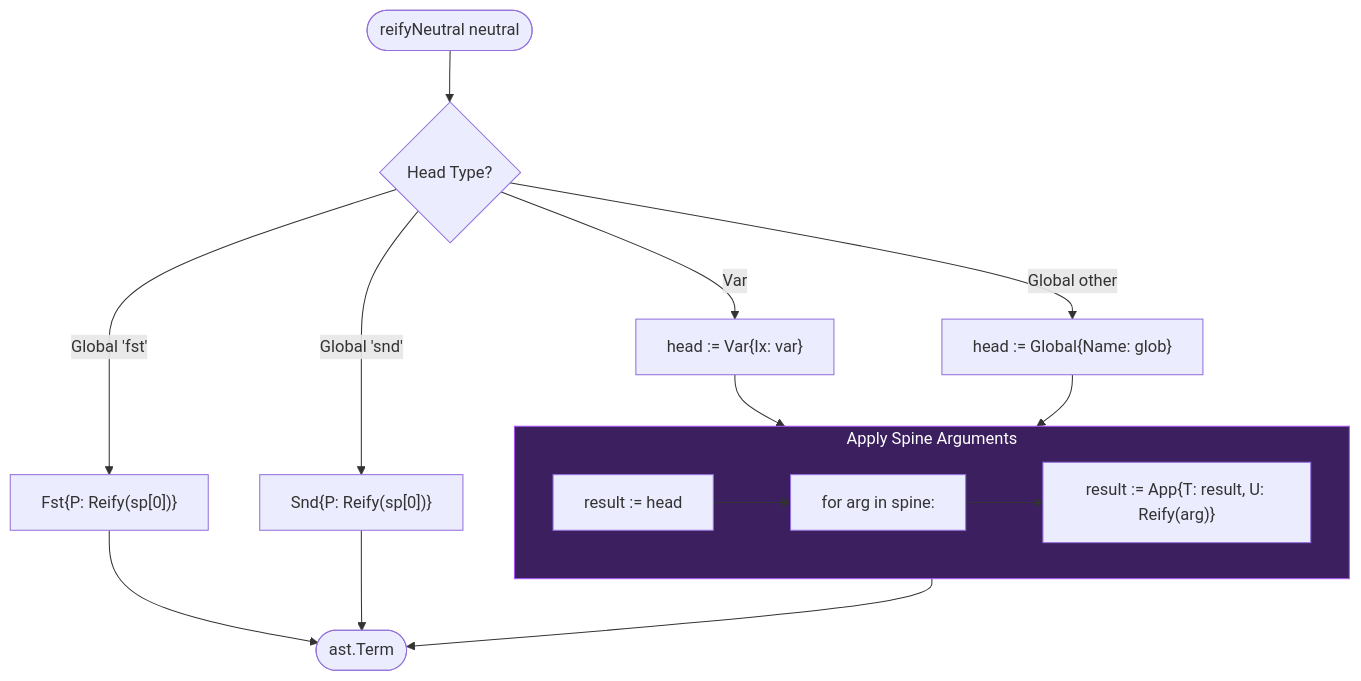
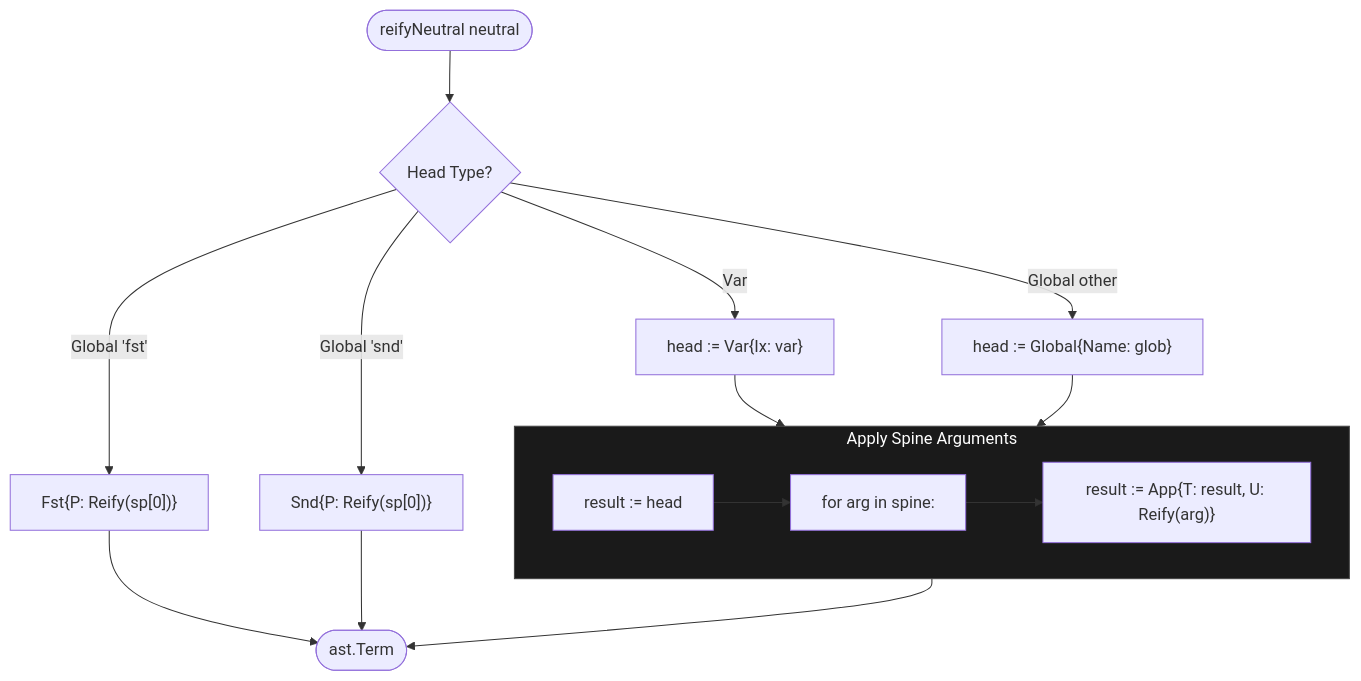
Diagram 14 of 23 in DIAGRAMS.md (watchthelight/HypergraphGo), drawn with Mermaid before and after one commit. The commit also changed other lines of this file, not shown here.

First line of the commit message:
docs(diagrams): use uniform dark color scheme

````diff
--- a/DIAGRAMS.md
+++ b/DIAGRAMS.md
@@ -1078,25 +1078,25 @@
 ```mermaid
 flowchart TB
     Start([reifyNeutral neutral]) --> HeadType{Head Type?}
 
     HeadType -->|Var| CreateVar["head := Var{Ix: var}"]
     HeadType -->|Global 'fst'| CreateFst["Fst{P: Reify(sp[0])}"]
     HeadType -->|Global 'snd'| CreateSnd["Snd{P: Reify(sp[0])}"]
     HeadType -->|Global other| CreateGlobal["head := Global{Name: glob}"]
 
     CreateVar --> ApplySpine
     CreateGlobal --> ApplySpine
 
     subgraph ApplySpine["Apply Spine Arguments"]
         AS1["result := head"]
         AS2["for arg in spine:"]
         AS3["  result := App{T: result, U: Reify(arg)}"]
         AS1 --> AS2 --> AS3
     end
 
     ApplySpine --> Result([ast.Term])
     CreateFst --> Result
     CreateSnd --> Result
 
-    style ApplySpine fill:#3b1f5f,stroke:#a855f7,color:#fff
+    style ApplySpine fill:#1a1a1a,stroke:#444,color:#fff
 ```
````
